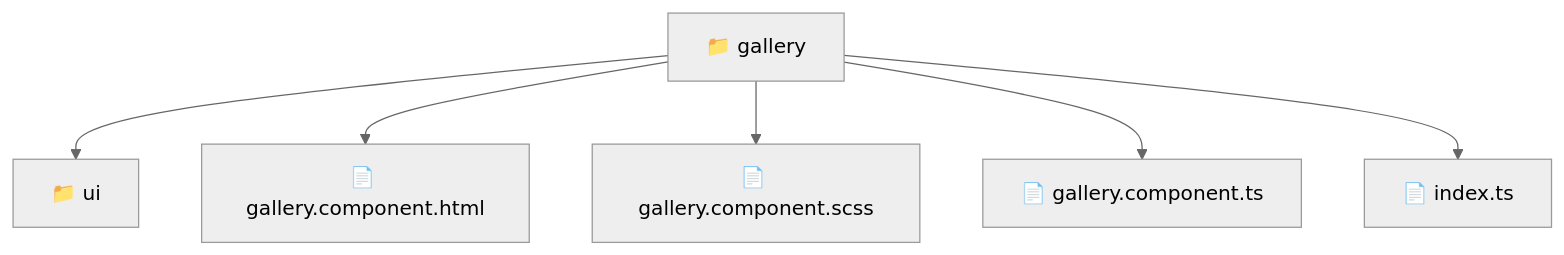
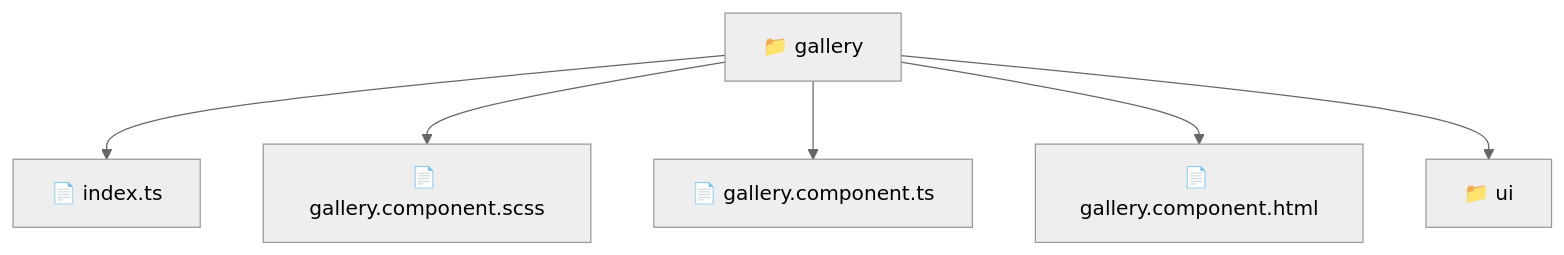
Before and after one commit to beginwebdev2002/fullstack-mavluda: the diagram in frontend/src/pages/gallery/README.md, drawn with Mermaid (neutral theme). The commit also changed other lines of this file and 164 other files, not shown here.

First line of the commit message:
docs: generate robust autonomous architectural documentation

````diff
--- a/frontend/src/pages/gallery/README.md
+++ b/frontend/src/pages/gallery/README.md
@@ -11,9 +11,9 @@
 ```mermaid
 graph TD
-  Root["📁 gallery"]
-  Root --> ui["📁 ui"]
-  Root --> gallery_component_html["📄 gallery.component.html"]
-  Root --> gallery_component_scss["📄 gallery.component.scss"]
-  Root --> gallery_component_ts["📄 gallery.component.ts"]
-  Root --> index_ts["📄 index.ts"]
+    f_gallery["📁 gallery"]
+    f_gallery --> f_index_ts["📄 index.ts"]
+    f_gallery --> f_gallery_component_scss["📄 gallery.component.scss"]
+    f_gallery --> f_gallery_component_ts["📄 gallery.component.ts"]
+    f_gallery --> f_gallery_component_html["📄 gallery.component.html"]
+    f_gallery --> f_ui["📁 ui"]
 ```
````
